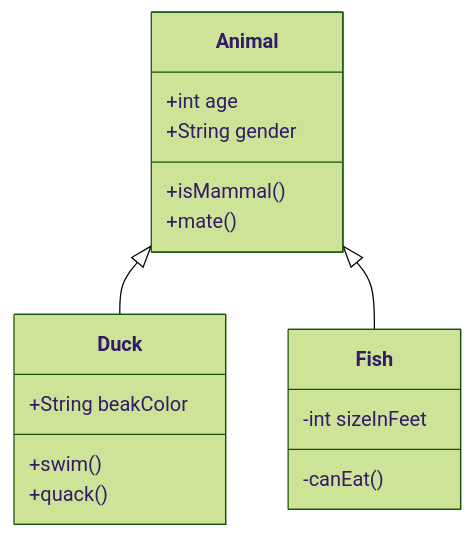
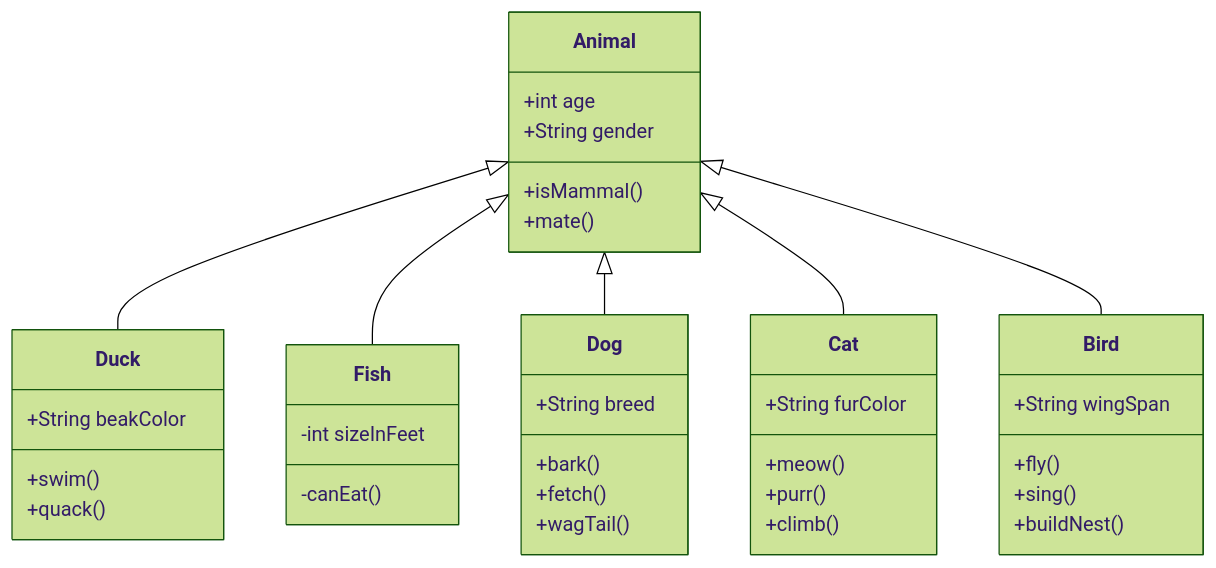
The diagram in class.mmd (TejasK-heap/TestReo), drawn with Mermaid (forest theme) before and after one commit.

Commit message:
feat: add Dog, Cat, and Bird subclasses to Animal hierarchy
- Add Dog class with breed property and bark/fetch/wagTail methods
- Add Cat class with furColor property and meow/purr/climb methods
- Add Bird class with wingSpan property and fly/sing/buildNest methods
- Establish inheritance relationships from Animal base class

```diff
--- a/class.mmd
+++ b/class.mmd
@@ -1,16 +1,37 @@
 classDiagram
     Animal <|-- Duck
     Animal <|-- Fish
+    Animal <|-- Dog
+    Animal <|-- Cat
+    Animal <|-- Bird
     Animal : +int age
     Animal : +String gender
     Animal: +isMammal()
     Animal: +mate()
     class Duck{
       +String beakColor
       +swim()
       +quack()
     }
     class Fish{
       -int sizeInFeet
       -canEat()
     }
+    class Dog{
+      +String breed
+      +bark()
+      +fetch()
+      +wagTail()
+    }
+    class Cat{
+      +String furColor
+      +meow()
+      +purr()
+      +climb()
+    }
+    class Bird{
+      +String wingSpan
+      +fly()
+      +sing()
+      +buildNest()
+    }
```
